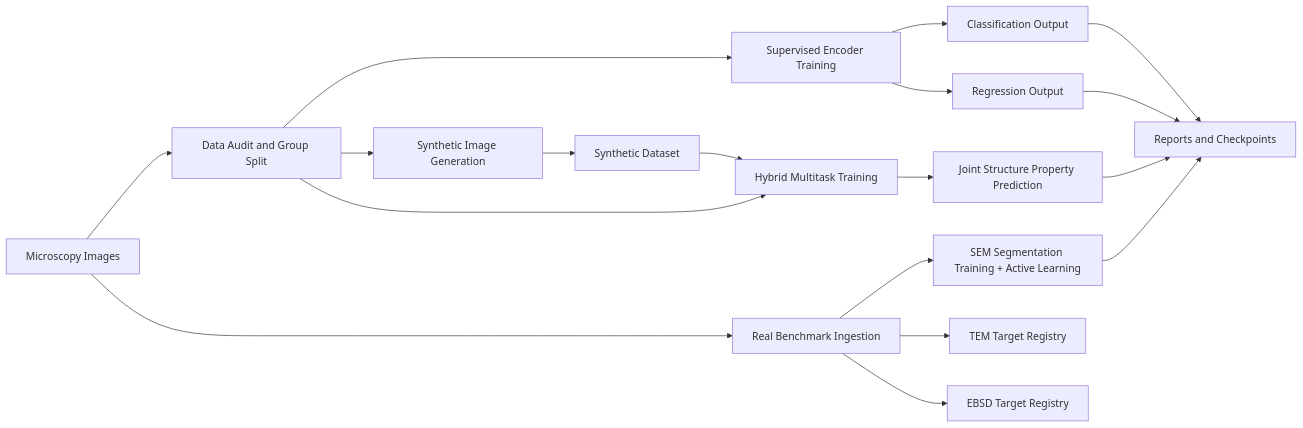
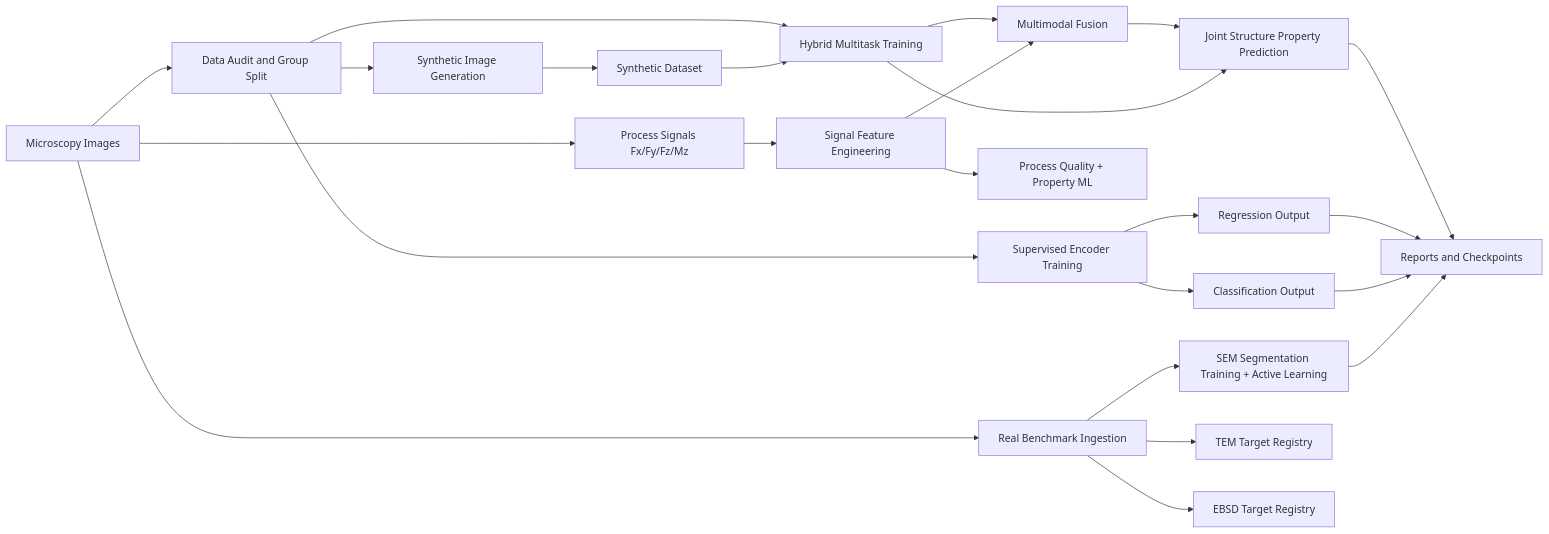
Before and after one commit to Ghanshyambabariya/microscopy_cv_research: the diagram in README.md, drawn with Mermaid. The commit also changed other lines of this file and 19 other files, not shown here.

Commit message:
Add materials signal and multimodal ML platform

````diff
--- a/README.md
+++ b/README.md
@@ -11,20 +13,26 @@
 ```mermaid
 flowchart LR
     A[Microscopy Images] --> B[Data Audit and Group Split]
     B --> C[Supervised Encoder Training]
     B --> D[Synthetic Image Generation]
     C --> E[Classification Output]
     C --> F[Regression Output]
     D --> G[Synthetic Dataset]
     G --> H[Hybrid Multitask Training]
     B --> H
     H --> I[Joint Structure Property Prediction]
     A --> K[Real Benchmark Ingestion]
     K --> L[SEM Segmentation Training + Active Learning]
     K --> M[TEM Target Registry]
     K --> N[EBSD Target Registry]
+    A --> O[Process Signals Fx/Fy/Fz/Mz]
+    O --> P[Signal Feature Engineering]
+    P --> Q[Process Quality + Property ML]
+    P --> R[Multimodal Fusion]
+    H --> R
+    R --> I
     L --> J[Reports and Checkpoints]
     E --> J
     F --> J
     I --> J
 ```
````
